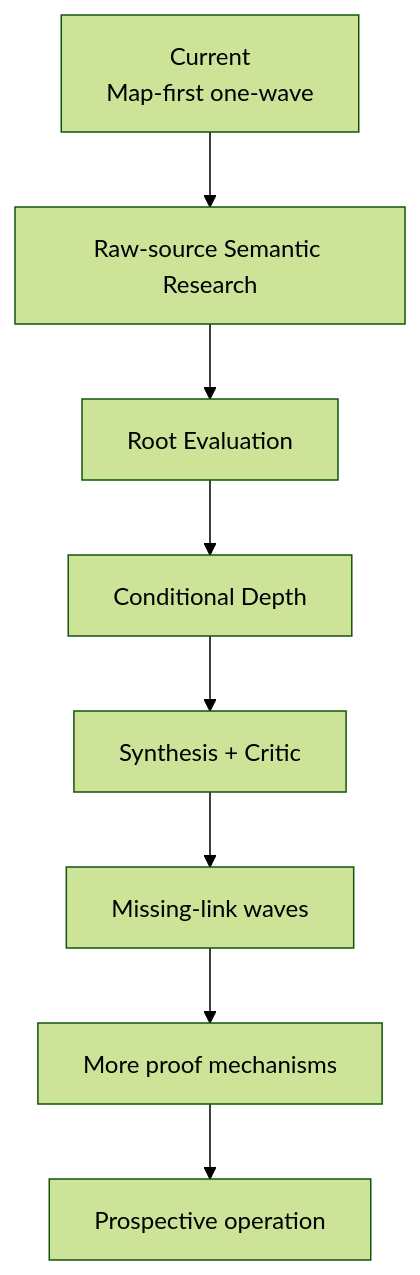
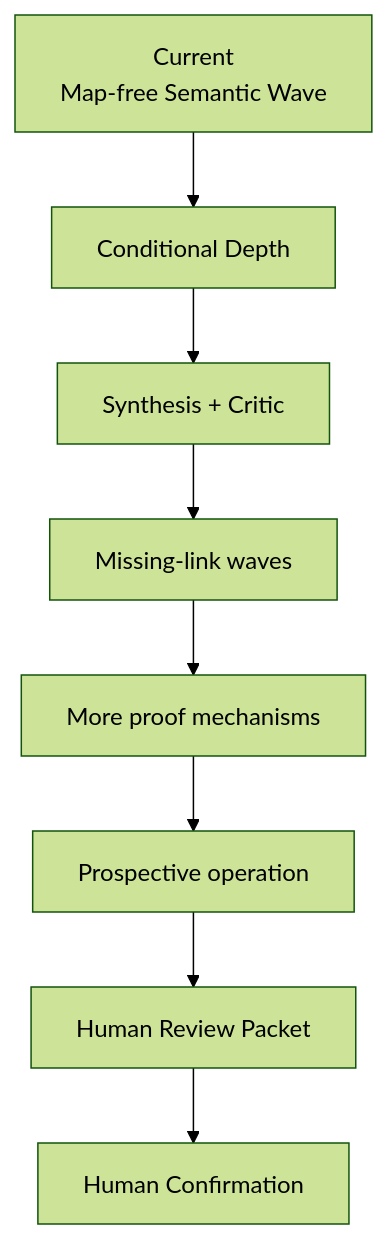
Before and after one commit to momoponwork1415-lgtm/wordpress-harness: the third of 3 diagrams in docs/CODEBASE-GUIDE.md, drawn with Mermaid (forest theme). The commit also changed other lines of this file and 100 other files, not shown here.

Commit message:
Implement durable semantic research campaign

````diff
--- a/docs/CODEBASE-GUIDE.md
+++ b/docs/CODEBASE-GUIDE.md
@@ -63,13 +84,13 @@
 ```mermaid
 flowchart TB
-    current["Current<br/>Map-first one-wave"]
-    semantic["Raw-source Semantic Research"]
-    evaluate["Root Evaluation"]
+    current["Current<br/>Map-free Semantic Wave"]
     depth["Conditional Depth"]
     synthesis["Synthesis + Critic"]
     waves["Missing-link waves"]
     proof["More proof mechanisms"]
     prospective["Prospective operation"]
+    review["Human Review Packet"]
+    confirmation["Human Confirmation"]
 
-    current --> semantic --> evaluate --> depth --> synthesis --> waves --> proof --> prospective
+    current --> depth --> synthesis --> waves --> proof --> prospective --> review --> confirmation
 ```
````
